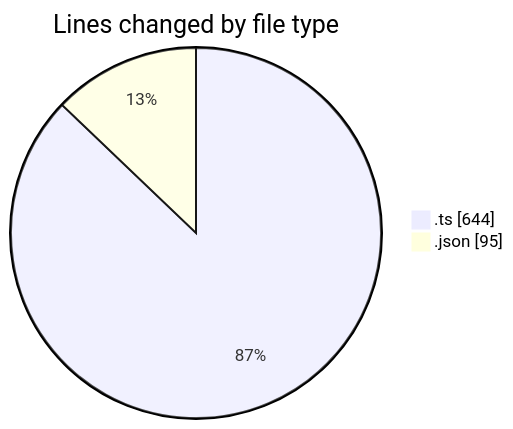
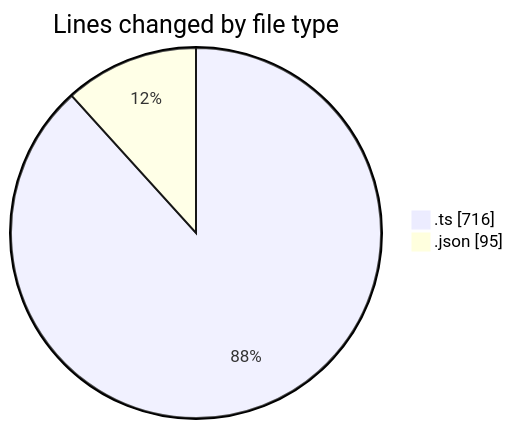
Before and after one commit to ernivani/code-tracking: the first of 2 diagrams in 2025-01-03/my-code-activity-ext/README.md, drawn with Mermaid. The commit also changed other lines of this file and 6 other files, not shown here.

````diff
--- a/2025-01-03/my-code-activity-ext/README.md
+++ b/2025-01-03/my-code-activity-ext/README.md
@@ -24,6 +25,6 @@
 ```mermaid
 pie showData
 title Lines changed by file type
-".ts" : 644
+".ts" : 716
 ".json" : 95
 ```
````
